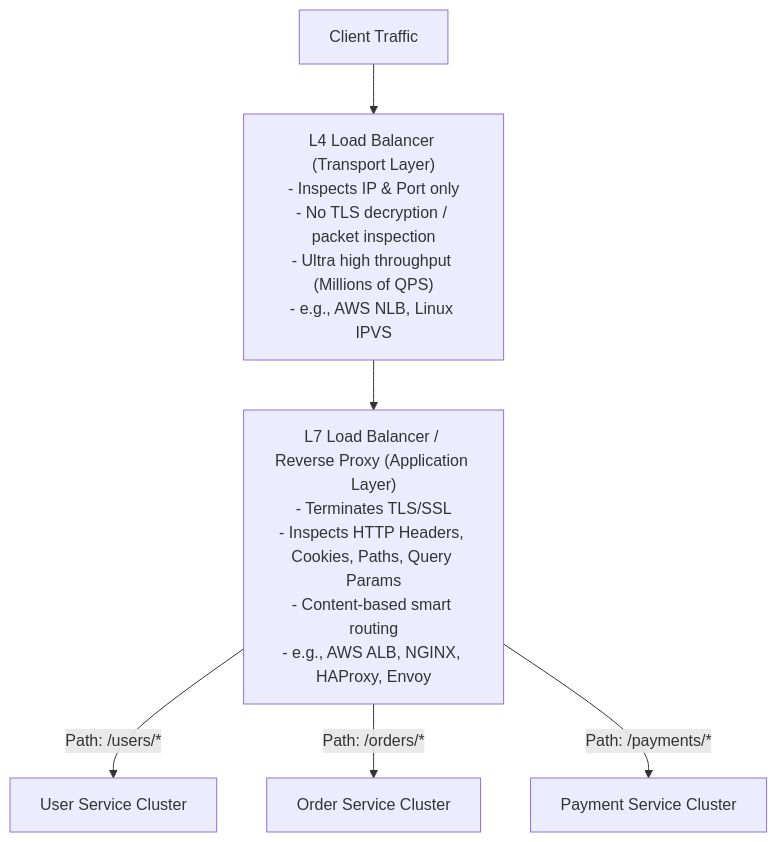
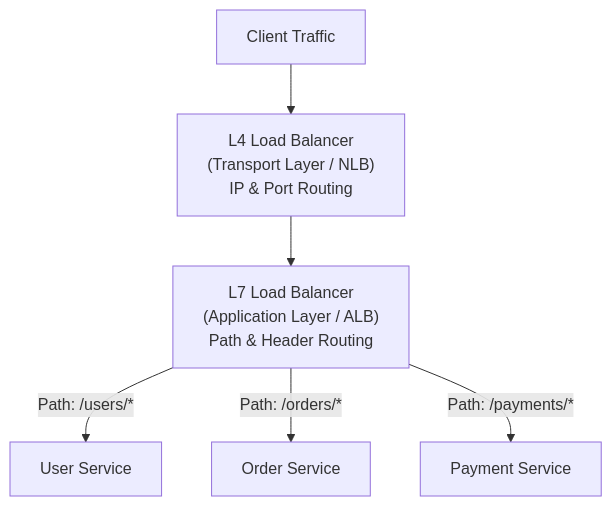
The first of 4 diagrams in strivers-hld/04-Load-Balancing-and-Proxies/README.md (Sourav108/strivers-lld), drawn with Mermaid before and after one commit. The commit also changed other lines of this file and 39 other files, not shown here.

Commit message:
fix(mermaid): wrap node labels, simplify diamonds, and reformat wide diagrams for perfect GitHub rendering

````diff
--- a/strivers-hld/04-Load-Balancing-and-Proxies/README.md
+++ b/strivers-hld/04-Load-Balancing-and-Proxies/README.md
@@ -7,10 +7,10 @@
 ```mermaid
 flowchart TD
-    Client["Client Traffic"] --> L4["L4 Load Balancer (Transport Layer)<br/>- Inspects IP & Port only<br/>- No TLS decryption / packet inspection<br/>- Ultra high throughput (Millions of QPS)<br/>- e.g., AWS NLB, Linux IPVS"]
+    Client["Client Traffic"] --> L4["L4 Load Balancer<br/>(Transport Layer / NLB)<br/>IP & Port Routing"]
     
-    L4 --> L7["L7 Load Balancer / Reverse Proxy (Application Layer)<br/>- Terminates TLS/SSL<br/>- Inspects HTTP Headers, Cookies, Paths, Query Params<br/>- Content-based smart routing<br/>- e.g., AWS ALB, NGINX, HAProxy, Envoy"]
+    L4 --> L7["L7 Load Balancer<br/>(Application Layer / ALB)<br/>Path & Header Routing"]
     
-    L7 -->|Path: /users/*| UserSvc["User Service Cluster"]
-    L7 -->|Path: /orders/*| OrderSvc["Order Service Cluster"]
-    L7 -->|Path: /payments/*| PaySvc["Payment Service Cluster"]
+    L7 -->|Path: /users/*| UserSvc["User Service"]
+    L7 -->|Path: /orders/*| OrderSvc["Order Service"]
+    L7 -->|Path: /payments/*| PaySvc["Payment Service"]
 ```
````
